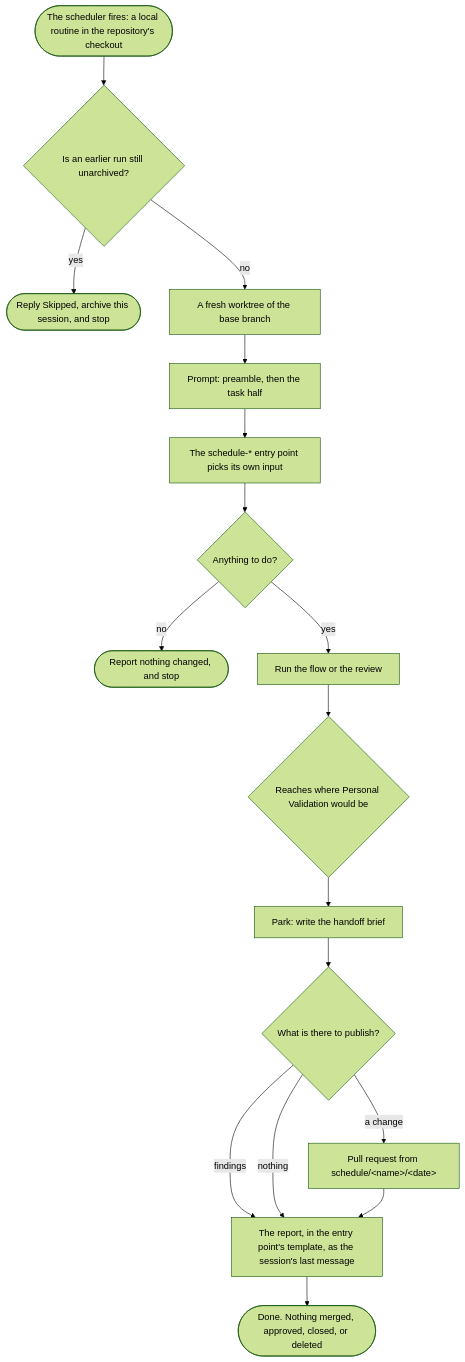
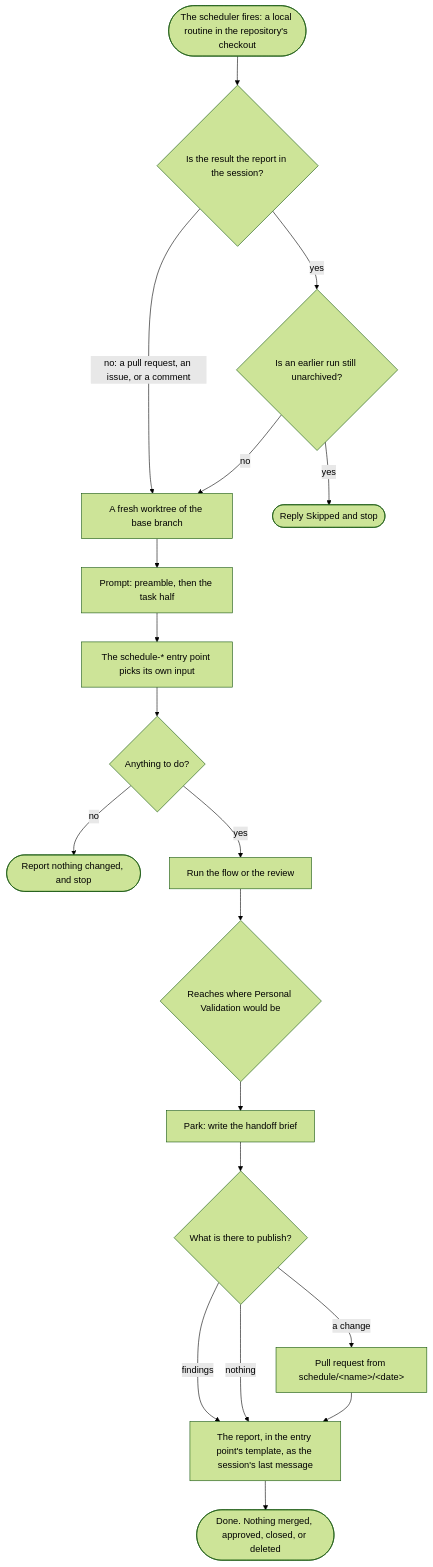
One commit to JSdotNet/devbook changed the diagram in .devbook/arc42/building-blocks/delivery-schedule-entry-points.md. Above: the diagram before and after it, drawn with Mermaid (forest theme). The commit also changed other lines of this file and 25 other files, not shown here.

First line of the commit message:
feat(schedule): gate only report-only schedules on pickup, and stop self-archiving skips

````diff
--- a/.devbook/arc42/building-blocks/delivery-schedule-entry-points.md
+++ b/.devbook/arc42/building-blocks/delivery-schedule-entry-points.md
@@ -392,19 +392,21 @@
 ```mermaid
 flowchart TD
-    fire(["The scheduler fires: a local routine in the repository's checkout"]) --> pickup{"Is an earlier run still unarchived?"}
-    pickup -->|yes| skip(["Reply Skipped, archive this session, and stop"])
+    fire(["The scheduler fires: a local routine in the repository's checkout"]) --> kind{"Is the result the report in the session?"}
+    kind -->|"no: a pull request, an issue, or a comment"| worktree
+    kind -->|yes| pickup{"Is an earlier run still unarchived?"}
+    pickup -->|yes| skip(["Reply Skipped and stop"])
     pickup -->|no| worktree["A fresh worktree of the base branch"]
     worktree --> preamble["Prompt: preamble, then the task half"]
     preamble --> entry["The schedule-* entry point picks its own input"]
     entry --> none{"Anything to do?"}
     none -->|no| quiet(["Report nothing changed, and stop"])
     none -->|yes| work["Run the flow or the review"]
     work --> gate{"Reaches where Personal Validation would be"}
     gate --> park["Park: write the handoff brief"]
     park --> land{"What is there to publish?"}
     land -->|a change| pr["Pull request from schedule/&lt;name&gt;/&lt;date&gt;"]
     land -->|findings| report
     land -->|nothing| report
     pr --> report["The report, in the entry point's template, as the session's last message"]
     report --> done(["Done. Nothing merged, approved, closed, or deleted"])
 ```
````
